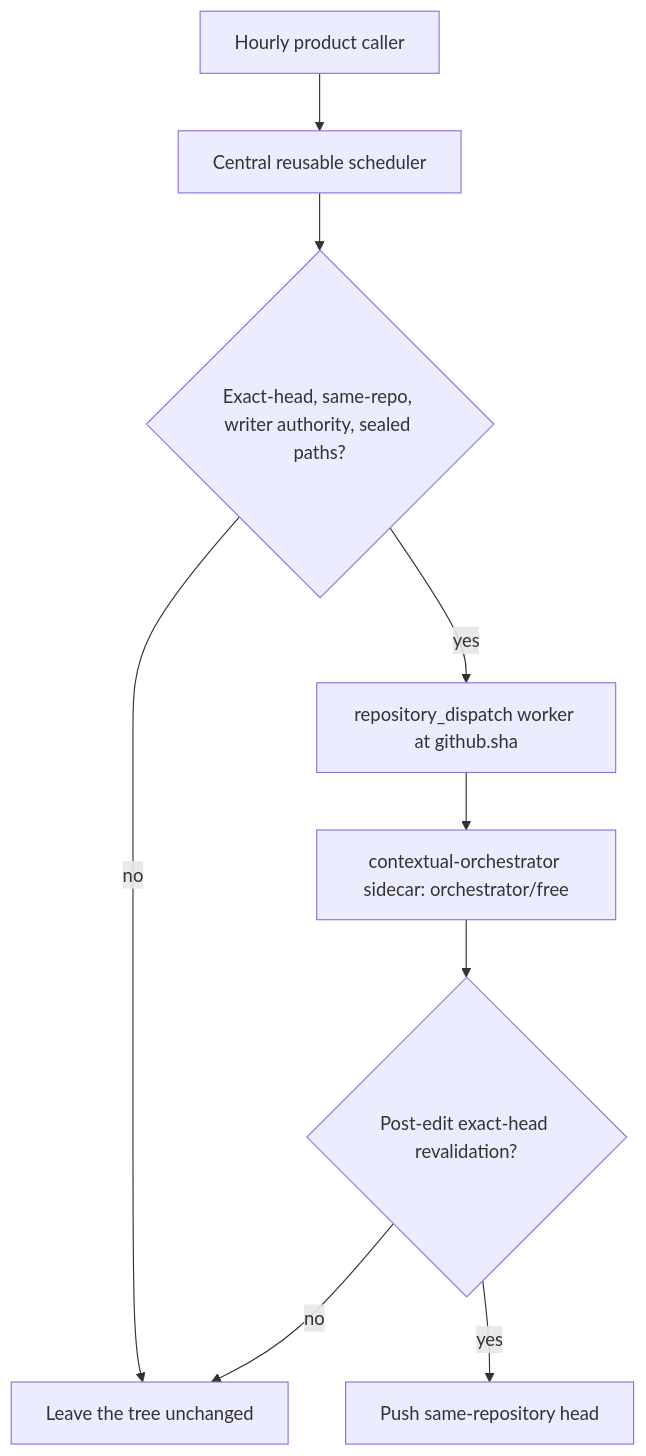
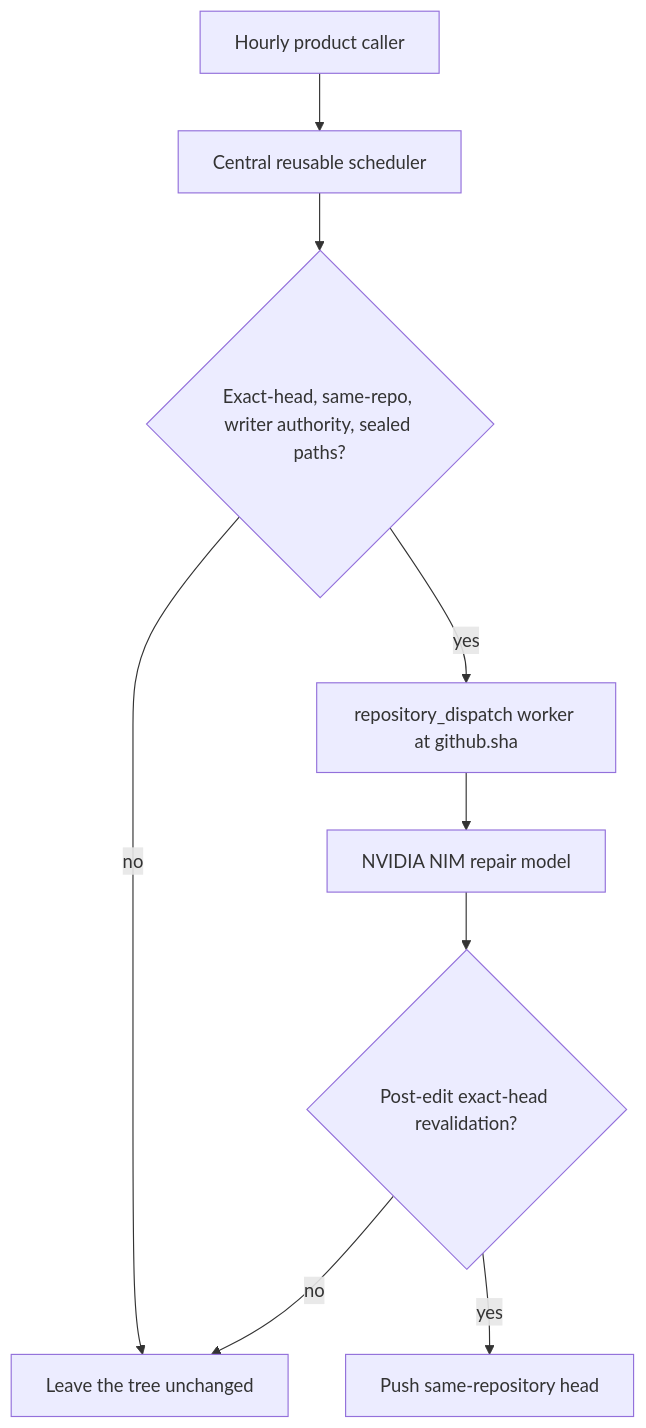
One commit to ContextualWisdomLab/.github changed the second of 4 diagrams in ARCHITECTURE.md. Above: the diagram before and after it, drawn with Mermaid. The commit also changed other lines of this file and 461 other files, not shown here.

````diff
--- a/ARCHITECTURE.md
+++ b/ARCHITECTURE.md
@@ -114,20 +51,20 @@
 ```mermaid
 flowchart TD
   Hour["Hourly product caller"]
   Sched["Central reusable scheduler"]
   Bind{"Exact-head, same-repo, writer authority, sealed paths?"}
   Worker["repository_dispatch worker at github.sha"]
-  Gateway["contextual-orchestrator sidecar: orchestrator/free"]
+  NIM["NVIDIA NIM repair model"]
   Recheck{"Post-edit exact-head revalidation?"}
   Push["Push same-repository head"]
   Hold["Leave the tree unchanged"]
 
   Hour --> Sched
   Sched --> Bind
   Bind -->|"no"| Hold
   Bind -->|"yes"| Worker
-  Worker --> Gateway
-  Gateway --> Recheck
+  Worker --> NIM
+  NIM --> Recheck
   Recheck -->|"no"| Hold
   Recheck -->|"yes"| Push
 ```
````
